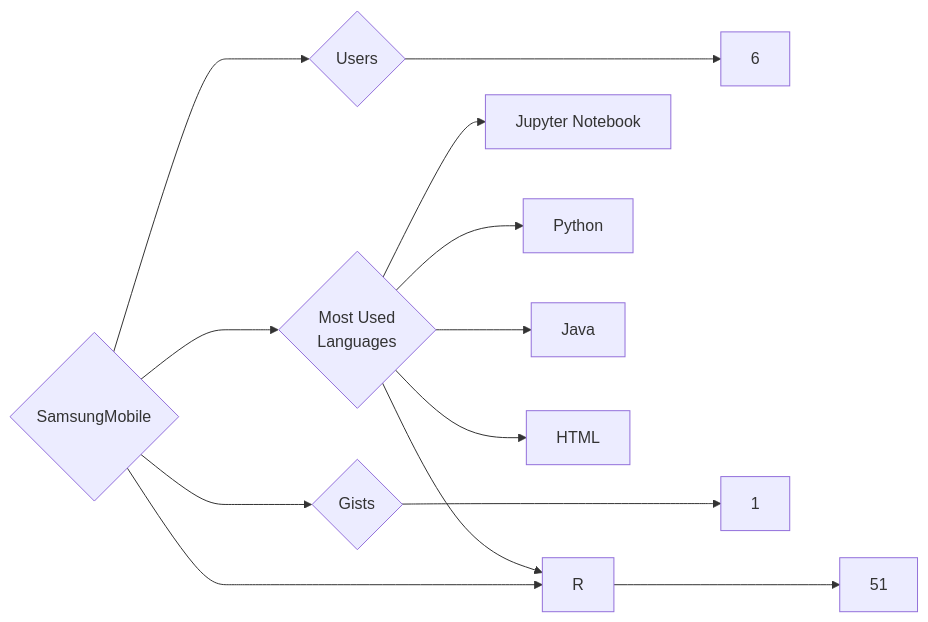
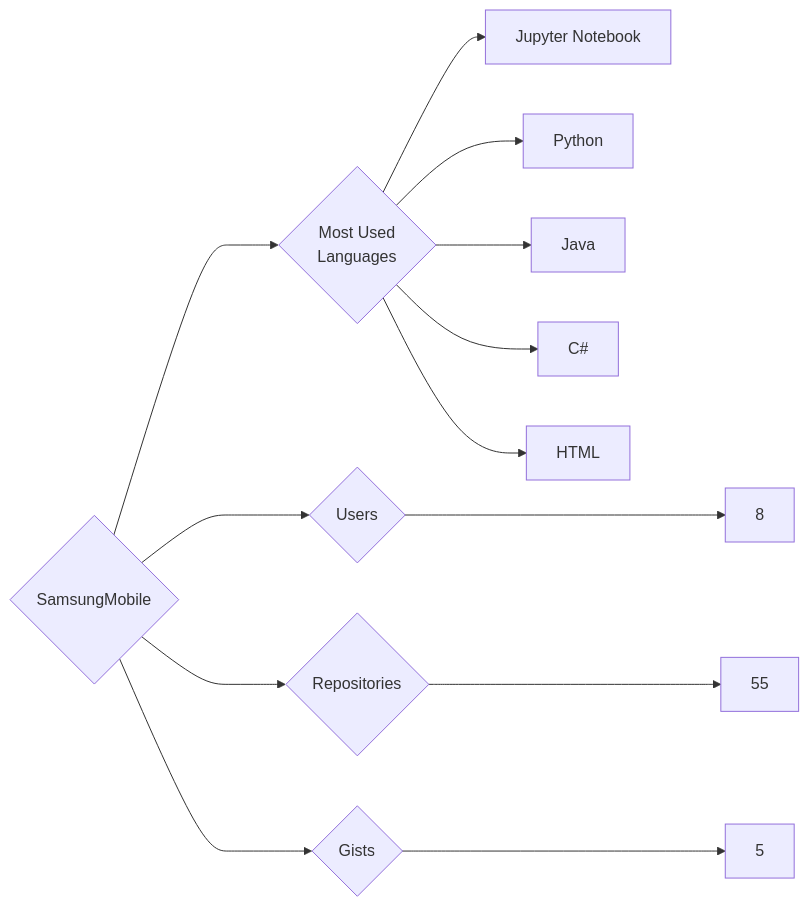
One commit to trickest/insiders changed the diagram in targets/SamsungMobile/README.md. Above: the diagram before and after it, drawn with Mermaid. The commit also changed 1479 other files, not shown here.

````diff
--- a/targets/SamsungMobile/README.md
+++ b/targets/SamsungMobile/README.md
@@ -3,13 +3,13 @@
 ```mermaid
 graph LR
 COMPANY_NAME{SamsungMobile}
-COMPANY_NAME ---> U{Users} ---> UN[6]
-COMPANY_NAME ---> R{Repositories} ---> RN[51]
-COMPANY_NAME ---> G{Gists} ---> GN[1]
+COMPANY_NAME ---> U{Users} ---> UN[8]
+COMPANY_NAME ---> R{Repositories} ---> RN[55]
+COMPANY_NAME ---> G{Gists} ---> GN[5]
 COMPANY_NAME ---> ML{Most Used<br>Languages}
 ML --> Jupyter_Notebook[Jupyter Notebook]
 ML --> Python[Python]
 ML --> Java[Java]
+ML --> C#[C#]
 ML --> HTML[HTML]
-ML --> R[R]
 ```
````
